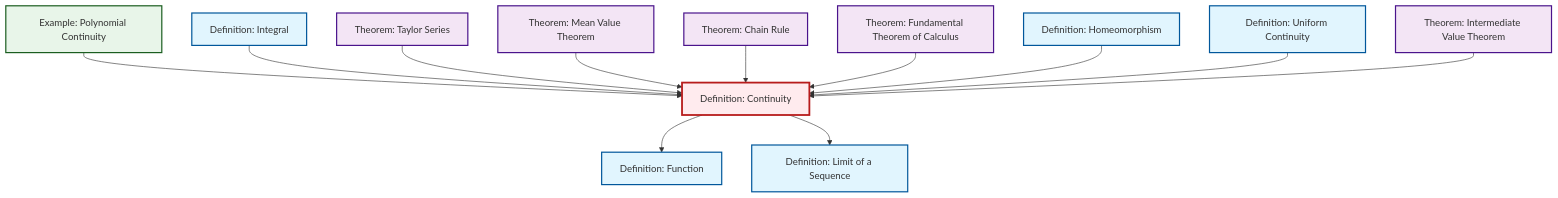
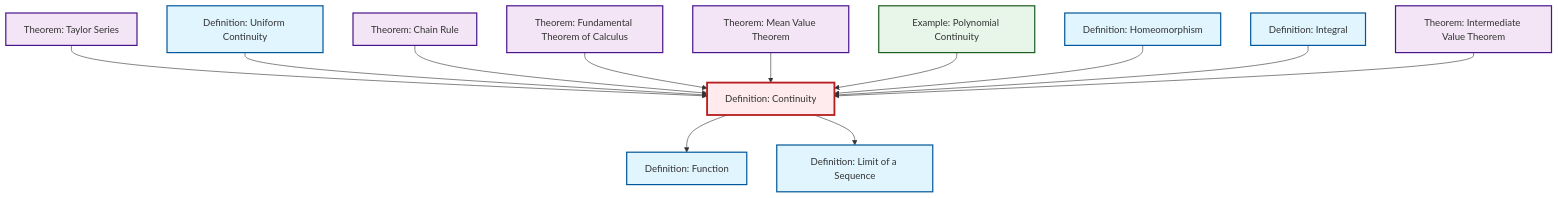
One commit to RK0429/ModernMath changed the diagram in content/ja/analysis/def-continuity.qmd. Above: the diagram before and after it, drawn with Mermaid. The commit also changed other lines of this file and 634 other files, not shown here.

````diff
--- a/content/ja/analysis/def-continuity.qmd
+++ b/content/ja/analysis/def-continuity.qmd
@@ -59,44 +59,44 @@
 ```{mermaid}
 %%| fig-cap: "Local dependency graph"
 graph TD
     classDef definition fill:#e1f5fe,stroke:#01579b,stroke-width:2px
     classDef theorem fill:#f3e5f5,stroke:#4a148c,stroke-width:2px
     classDef axiom fill:#fff3e0,stroke:#e65100,stroke-width:2px
     classDef example fill:#e8f5e9,stroke:#1b5e20,stroke-width:2px
     classDef current fill:#ffebee,stroke:#b71c1c,stroke-width:3px
-    thm-intermediate-value["Theorem: Intermediate Value Theorem"]:::theorem
+    thm-chain-rule["Theorem: Chain Rule"]:::theorem
     ex-polynomial-continuity["Example: Polynomial Continuity"]:::example
-    thm-chain-rule["Theorem: Chain Rule"]:::theorem
-    thm-taylor-series["Theorem: Taylor Series"]:::theorem
-    def-integral["Definition: Integral"]:::definition
-    def-uniform-continuity["Definition: Uniform Continuity"]:::definition
     def-homeomorphism["Definition: Homeomorphism"]:::definition
-    def-limit["Definition: Limit of a Sequence"]:::definition
     thm-mean-value["Theorem: Mean Value Theorem"]:::theorem
     def-continuity["Definition: Continuity"]:::definition
     def-function["Definition: Function"]:::definition
+    def-integral["Definition: Integral"]:::definition
+    def-uniform-continuity["Definition: Uniform Continuity"]:::definition
+    def-limit["Definition: Limit of a Sequence"]:::definition
+    thm-intermediate-value["Theorem: Intermediate Value Theorem"]:::theorem
+    thm-taylor-series["Theorem: Taylor Series"]:::theorem
     thm-fundamental-calculus["Theorem: Fundamental Theorem of Calculus"]:::theorem
-    ex-polynomial-continuity --> def-continuity
-    def-integral --> def-continuity
+    def-continuity --> def-function
     thm-taylor-series --> def-continuity
-    thm-mean-value --> def-continuity
-    def-continuity --> def-function
+    def-uniform-continuity --> def-continuity
     thm-chain-rule --> def-continuity
     thm-fundamental-calculus --> def-continuity
+    def-continuity --> def-limit
+    thm-mean-value --> def-continuity
+    ex-polynomial-continuity --> def-continuity
     def-homeomorphism --> def-continuity
-    def-uniform-continuity --> def-continuity
-    def-continuity --> def-limit
+    def-integral --> def-continuity
     thm-intermediate-value --> def-continuity
     class def-continuity current
-    click thm-intermediate-value "thm-intermediate-value.html" "Theorem: Intermediate Value Theoremへ"
+    click thm-chain-rule "thm-chain-rule.html" "Theorem: Chain Ruleへ"
     click ex-polynomial-continuity "ex-polynomial-continuity.html" "Example: Polynomial Continuityへ"
-    click thm-chain-rule "thm-chain-rule.html" "Theorem: Chain Ruleへ"
-    click thm-taylor-series "thm-taylor-series.html" "Theorem: Taylor Seriesへ"
+    click def-homeomorphism "def-homeomorphism.html" "Definition: Homeomorphismへ"
+    click thm-mean-value "thm-mean-value.html" "Theorem: Mean Value Theoremへ"
+    click def-function "def-function.html" "Definition: Functionへ"
     click def-integral "def-integral.html" "Definition: Integralへ"
     click def-uniform-continuity "def-uniform-continuity.html" "Definition: Uniform Continuityへ"
-    click def-homeomorphism "def-homeomorphism.html" "Definition: Homeomorphismへ"
     click def-limit "def-limit.html" "Definition: Limit of a Sequenceへ"
-    click thm-mean-value "thm-mean-value.html" "Theorem: Mean Value Theoremへ"
-    click def-function "def-function.html" "Definition: Functionへ"
+    click thm-intermediate-value "thm-intermediate-value.html" "Theorem: Intermediate Value Theoremへ"
+    click thm-taylor-series "thm-taylor-series.html" "Theorem: Taylor Seriesへ"
     click thm-fundamental-calculus "thm-fundamental-calculus.html" "Theorem: Fundamental Theorem of Calculusへ"
 ```
````
